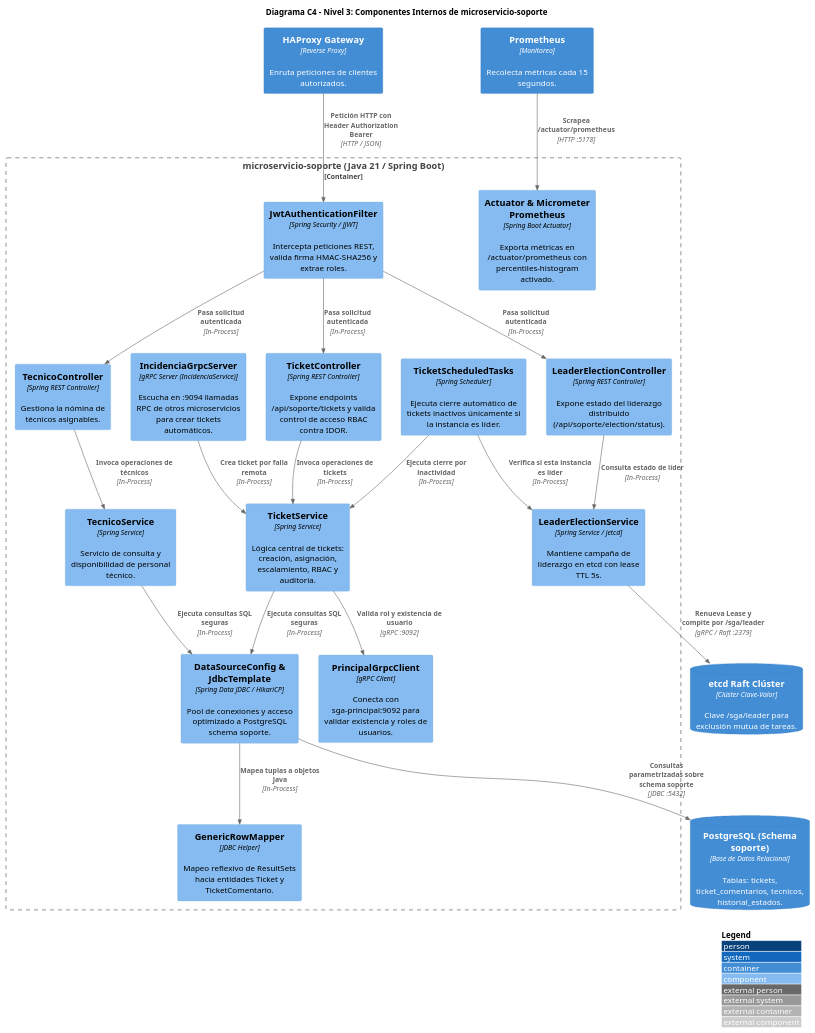
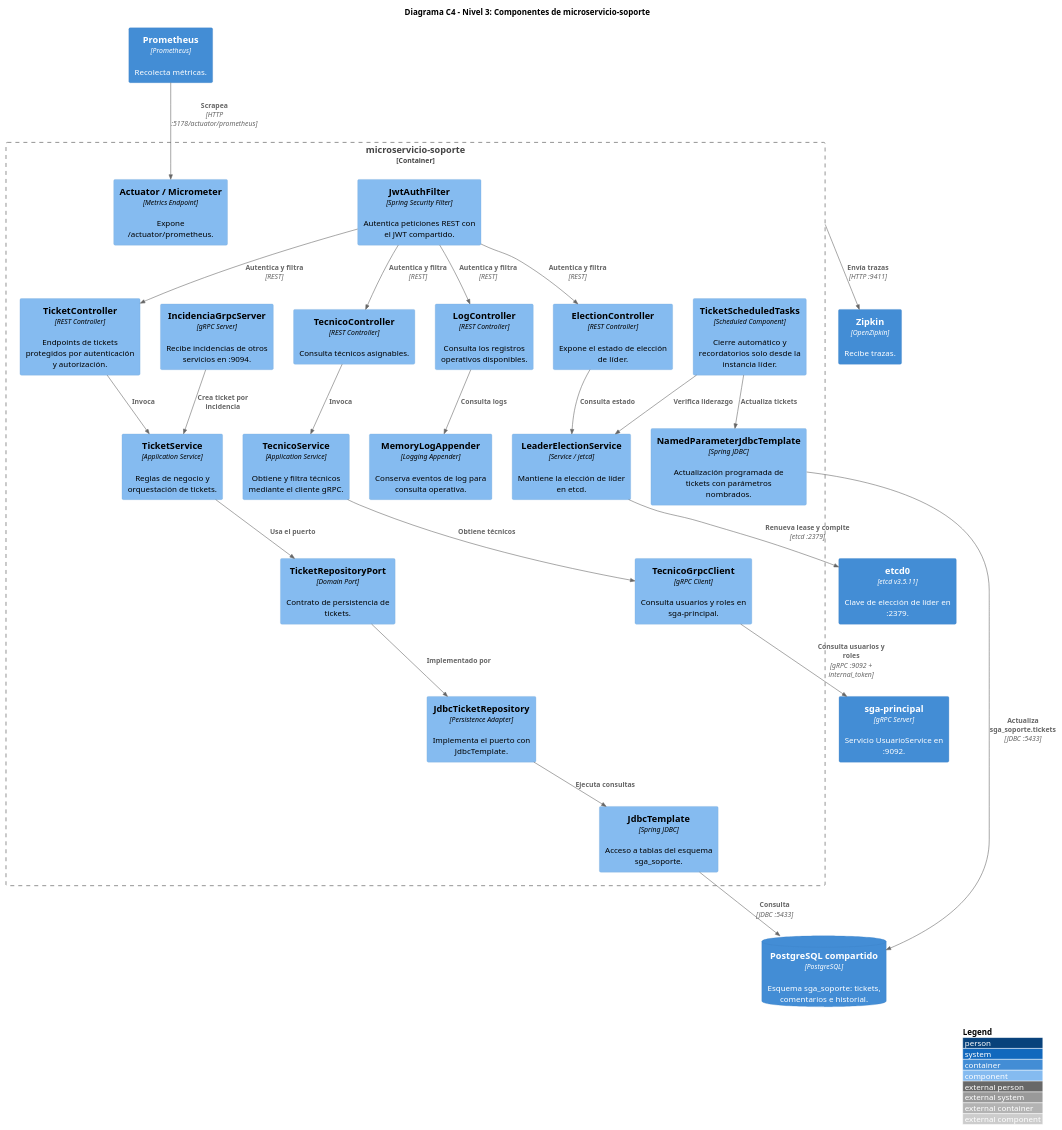
Before and after one commit to LEO23as/acadtrace: the diagram in docs/diagrams/c4_nivel3_componentes.puml, drawn with PlantUML. The commit also changed 3 other files, not shown here.

Commit message:
docs(c4): actualizar componentes de soporte

```diff
--- a/docs/diagrams/c4_nivel3_componentes.puml
+++ b/docs/diagrams/c4_nivel3_componentes.puml
@@ -1,56 +1,58 @@
 @startuml C4_Nivel3_Componentes_Soporte
-!include https://raw.githubusercontent.com/plantuml-stdlib/C4-PlantUML/master/C4_Component.puml
+!include https://raw.githubusercontent.com/plantuml-stdlib/C4-PlantUML/v2.12.0/C4_Component.puml
 
 LAYOUT_WITH_LEGEND()
+title Diagrama C4 - Nivel 3: Componentes de microservicio-soporte
 
-title Diagrama C4 - Nivel 3: Componentes Internos de microservicio-soporte
+Container_Boundary(soporte, "microservicio-soporte") {
+    Component(ticket_controller, "TicketController", "REST Controller", "Endpoints de tickets protegidos por autenticación y autorización.")
+    Component(tecnico_controller, "TecnicoController", "REST Controller", "Consulta técnicos asignables.")
+    Component(election_controller, "ElectionController", "REST Controller", "Expone el estado de elección de líder.")
+    Component(log_controller, "LogController", "REST Controller", "Consulta los registros operativos disponibles.")
 
-Container_Boundary(ms_soporte_boundary, "microservicio-soporte (Java 21 / Spring Boot)") {
-    Component(ticket_ctrl, "TicketController", "Spring REST Controller", "Expone endpoints /api/soporte/tickets y valida control de acceso RBAC contra IDOR.")
-    Component(tecnico_ctrl, "TecnicoController", "Spring REST Controller", "Gestiona la nómina de técnicos asignables.")
-    Component(election_ctrl, "LeaderElectionController", "Spring REST Controller", "Expone estado del liderazgo distribuido (/api/soporte/election/status).")
-    
-    Component(ticket_service, "TicketService", "Spring Service", "Lógica central de tickets: creación, asignación, escalamiento, RBAC y auditoría.")
-    Component(tecnico_service, "TecnicoService", "Spring Service", "Servicio de consulta y disponibilidad de personal técnico.")
-    Component(election_service, "LeaderElectionService", "Spring Service / jetcd", "Mantiene campaña de liderazgo en etcd con lease TTL 5s.")
-    Component(scheduled_tasks, "TicketScheduledTasks", "Spring Scheduler", "Ejecuta cierre automático de tickets inactivos únicamente si la instancia es líder.")
-    
-    Component(grpc_server, "IncidenciaGrpcServer", "gRPC Server (IncidenciaService)", "Escucha en :9094 llamadas RPC de otros microservicios para crear tickets automáticos.")
-    Component(principal_client, "PrincipalGrpcClient", "gRPC Client", "Conecta con sga-principal:9092 para validar existencia y roles de usuarios.")
-    
-    Component(jwt_filter, "JwtAuthenticationFilter", "Spring Security / JJWT", "Intercepta peticiones REST, valida firma HMAC-SHA256 y extrae roles.")
-    Component(datasource_config, "DataSourceConfig & JdbcTemplate", "Spring Data JDBC / HikariCP", "Pool de conexiones y acceso optimizado a PostgreSQL schema soporte.")
-    Component(mapper, "GenericRowMapper", "JDBC Helper", "Mapeo reflexivo de ResultSets hacia entidades Ticket y TicketComentario.")
-    
-    Component(actuator_micrometer, "Actuator & Micrometer Prometheus", "Spring Boot Actuator", "Exporta métricas en /actuator/prometheus con percentiles-histogram activado.")
+    Component(ticket_service, "TicketService", "Application Service", "Reglas de negocio y orquestación de tickets.")
+    Component(tecnico_service, "TecnicoService", "Application Service", "Obtiene y filtra técnicos mediante el cliente gRPC.")
+    Component(leader_service, "LeaderElectionService", "Service / jetcd", "Mantiene la elección de líder en etcd.")
+    Component(scheduled_tasks, "TicketScheduledTasks", "Scheduled Component", "Cierre automático y recordatorios solo desde la instancia líder.")
+
+    Component(ticket_port, "TicketRepositoryPort", "Domain Port", "Contrato de persistencia de tickets.")
+    Component(ticket_repository, "JdbcTicketRepository", "Persistence Adapter", "Implementa el puerto con JdbcTemplate.")
+    Component(jdbc_template, "JdbcTemplate", "Spring JDBC", "Acceso a tablas del esquema sga_soporte.")
+    Component(named_jdbc, "NamedParameterJdbcTemplate", "Spring JDBC", "Actualización programada de tickets con parámetros nombrados.")
+    Component(tecnico_grpc, "TecnicoGrpcClient", "gRPC Client", "Consulta usuarios y roles en sga-principal.")
+    Component(incidencia_server, "IncidenciaGrpcServer", "gRPC Server", "Recibe incidencias de otros servicios en :9094.")
+
+    Component(jwt_filter, "JwtAuthFilter", "Spring Security Filter", "Autentica peticiones REST con el JWT compartido.")
+    Component(memory_appender, "MemoryLogAppender", "Logging Appender", "Conserva eventos de log para consulta operativa.")
+    Component(actuator, "Actuator / Micrometer", "Metrics Endpoint", "Expone /actuator/prometheus.")
 }
 
-ContainerDb(db, "PostgreSQL (Schema soporte)", "Base de Datos Relacional", "Tablas: tickets, ticket_comentarios, tecnicos, historial_estados.")
-ContainerDb(etcd, "etcd Raft Clúster", "Clúster Clave-Valor", "Clave /sga/leader para exclusión mutua de tareas.")
-Container(gateway, "HAProxy Gateway", "Reverse Proxy", "Enruta peticiones de clientes autorizados.")
-Container(prom, "Prometheus", "Monitoreo", "Recolecta métricas cada 15 segundos.")
+ContainerDb(postgres, "PostgreSQL compartido", "PostgreSQL", "Esquema sga_soporte: tickets, comentarios e historial.")
+Container(etcd, "etcd0", "etcd v3.5.11", "Clave de elección de líder en :2379.")
+Container(principal, "sga-principal", "gRPC Server", "Servicio UsuarioService en :9092.")
+Container(prometheus, "Prometheus", "Prometheus", "Recolecta métricas.")
+Container(zipkin, "Zipkin", "OpenZipkin", "Recibe trazas.")
 
-Rel(gateway, jwt_filter, "Petición HTTP con Header Authorization Bearer", "HTTP / JSON")
-Rel(jwt_filter, ticket_ctrl, "Pasa solicitud autenticada", "In-Process")
-Rel(jwt_filter, tecnico_ctrl, "Pasa solicitud autenticada", "In-Process")
-Rel(jwt_filter, election_ctrl, "Pasa solicitud autenticada", "In-Process")
-
-Rel(ticket_ctrl, ticket_service, "Invoca operaciones de tickets", "In-Process")
-Rel(tecnico_ctrl, tecnico_service, "Invoca operaciones de técnicos", "In-Process")
-Rel(election_ctrl, election_service, "Consulta estado de líder", "In-Process")
-
-Rel(grpc_server, ticket_service, "Crea ticket por falla remota", "In-Process")
-Rel(ticket_service, principal_client, "Valida rol y existencia de usuario", "gRPC :9092")
-Rel(scheduled_tasks, election_service, "Verifica si esta instancia es líder", "In-Process")
-Rel(scheduled_tasks, ticket_service, "Ejecuta cierre por inactividad", "In-Process")
-
-Rel(election_service, etcd, "Renueva Lease y compite por /sga/leader", "gRPC / Raft :2379")
-
-Rel(ticket_service, datasource_config, "Ejecuta consultas SQL seguras", "In-Process")
-Rel(tecnico_service, datasource_config, "Ejecuta consultas SQL seguras", "In-Process")
-Rel(datasource_config, mapper, "Mapea tuplas a objetos Java", "In-Process")
-Rel(datasource_config, db, "Consultas parametrizadas sobre schema soporte", "JDBC :5432")
-
-Rel(prom, actuator_micrometer, "Scrapea /actuator/prometheus", "HTTP :5178")
+Rel(jwt_filter, ticket_controller, "Autentica y filtra", "REST")
+Rel(jwt_filter, tecnico_controller, "Autentica y filtra", "REST")
+Rel(jwt_filter, election_controller, "Autentica y filtra", "REST")
+Rel(jwt_filter, log_controller, "Autentica y filtra", "REST")
+Rel(ticket_controller, ticket_service, "Invoca")
+Rel(tecnico_controller, tecnico_service, "Invoca")
+Rel(election_controller, leader_service, "Consulta estado")
+Rel(incidencia_server, ticket_service, "Crea ticket por incidencia")
+Rel(ticket_service, ticket_port, "Usa el puerto")
+Rel(ticket_port, ticket_repository, "Implementado por")
+Rel(ticket_repository, jdbc_template, "Ejecuta consultas")
+Rel(jdbc_template, postgres, "Consulta", "JDBC :5433")
+Rel(tecnico_service, tecnico_grpc, "Obtiene técnicos")
+Rel(tecnico_grpc, principal, "Consulta usuarios y roles", "gRPC :9092 + internal_token")
+Rel(scheduled_tasks, leader_service, "Verifica liderazgo")
+Rel(scheduled_tasks, named_jdbc, "Actualiza tickets")
+Rel(named_jdbc, postgres, "Actualiza sga_soporte.tickets", "JDBC :5433")
+Rel(leader_service, etcd, "Renueva lease y compite", "etcd :2379")
+Rel(prometheus, actuator, "Scrapea", "HTTP :5178/actuator/prometheus")
+Rel(soporte, zipkin, "Envía trazas", "HTTP :9411")
+Rel(log_controller, memory_appender, "Consulta logs")
 
 @enduml
```
